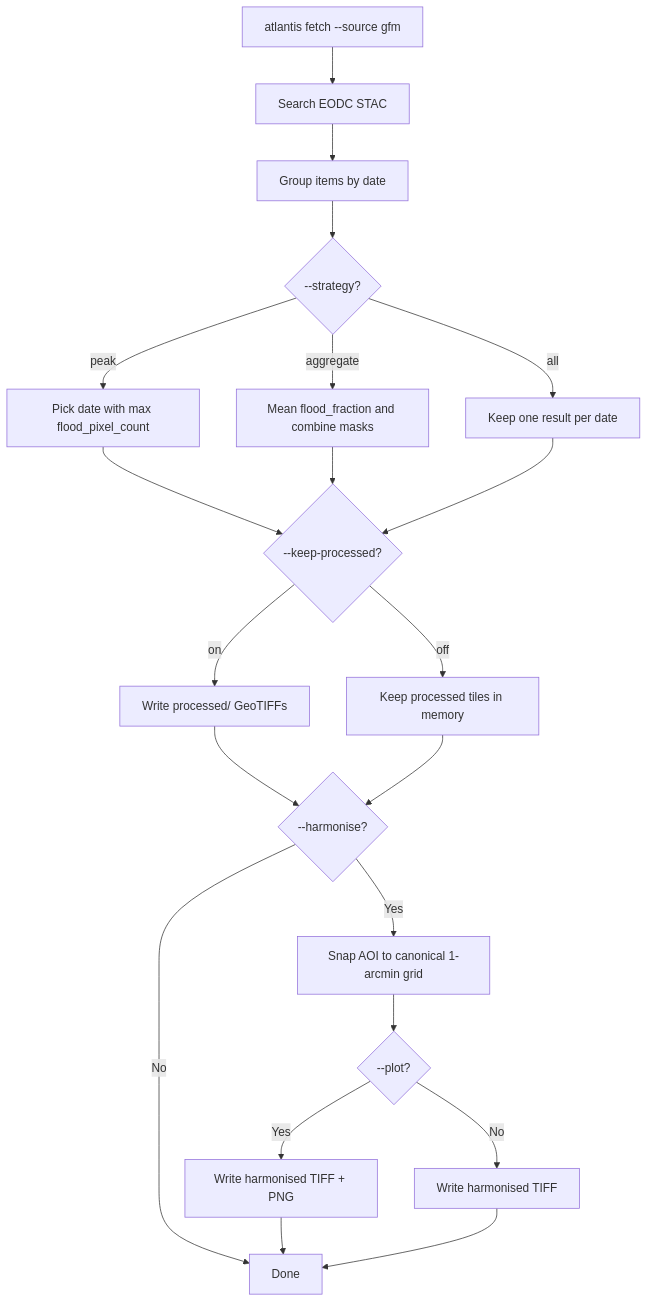
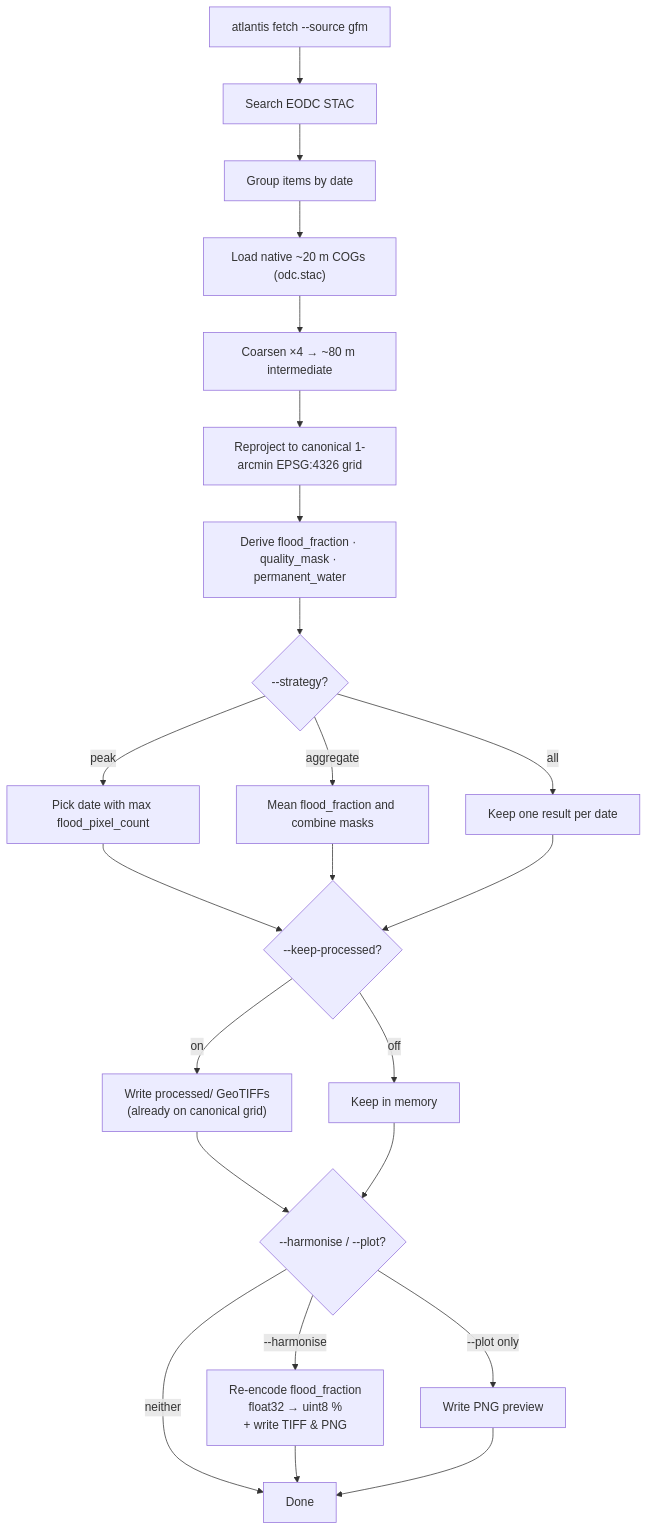
One commit to opageo/atlantis changed the diagram in docs/gfm/pipeline.md. Above: the diagram before and after it, drawn with Mermaid. The commit also changed other lines of this file and 5 other files, not shown here.

````diff
--- a/docs/gfm/pipeline.md
+++ b/docs/gfm/pipeline.md
@@ -9,27 +9,29 @@
 ```mermaid
 flowchart TD
   START["atlantis fetch --source gfm"] --> SEARCH["Search EODC STAC"]
   SEARCH --> GROUP["Group items by date"]
-  GROUP --> STRATEGY{"--strategy?"}
+  GROUP --> PROCESS["Load native ~20 m COGs (odc.stac)"]
+  PROCESS --> COARSEN["Coarsen ×4 → ~80 m intermediate"]
+  COARSEN --> REPROJECT["Reproject to canonical 1-arcmin EPSG:4326 grid"]
+  REPROJECT --> CLASSIFY["Derive flood_fraction · quality_mask · permanent_water"]
+  CLASSIFY --> STRATEGY{"--strategy?"}
 
   STRATEGY -->|peak| PEAK["Pick date with max flood_pixel_count"]
   STRATEGY -->|aggregate| AGG["Mean flood_fraction and combine masks"]
   STRATEGY -->|all| ALL["Keep one result per date"]
 
   PEAK --> KEEP{"--keep-processed?"}
   AGG --> KEEP
   ALL --> KEEP
 
-  KEEP -->|on| WRITE["Write processed/ GeoTIFFs"]
-  KEEP -->|off| MEMORY["Keep processed tiles in memory"]
+  KEEP -->|on| WRITE["Write processed/ GeoTIFFs\n(already on canonical grid)"]
+  KEEP -->|off| MEMORY["Keep in memory"]
 
-  WRITE --> HARM{"--harmonise?"}
-  MEMORY --> HARM
-  HARM -->|No| DONE["Done"]
-  HARM -->|Yes| HARMONISE["Snap AOI to canonical 1-arcmin grid"]
-  HARMONISE --> PLOT{"--plot?"}
-  PLOT -->|Yes| PNG["Write harmonised TIFF + PNG"]
-  PLOT -->|No| TIFF["Write harmonised TIFF"]
+  WRITE --> OUTPUT{"--harmonise / --plot?"}
+  MEMORY --> OUTPUT
+  OUTPUT -->|"--harmonise"| HARMONISE["Re-encode flood_fraction\nfloat32 → uint8 %\n+ write TIFF & PNG"]
+  OUTPUT -->|"--plot only"| PNG["Write PNG preview"]
+  OUTPUT -->|neither| DONE["Done"]
+  HARMONISE --> DONE
   PNG --> DONE
-  TIFF --> DONE
 ```
````
